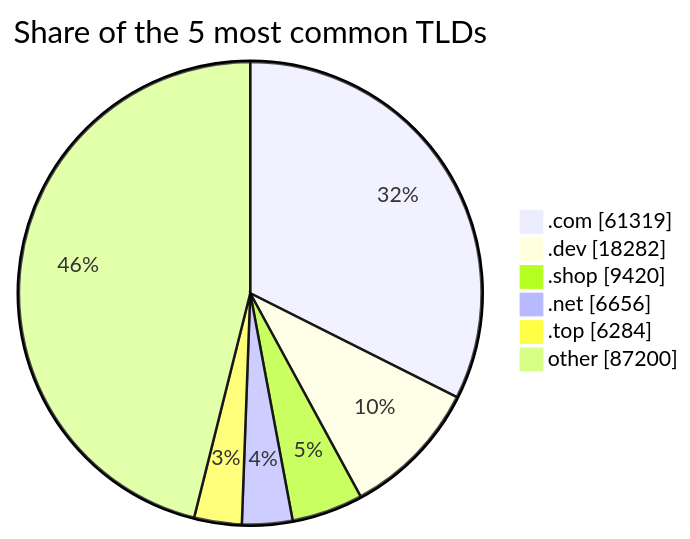
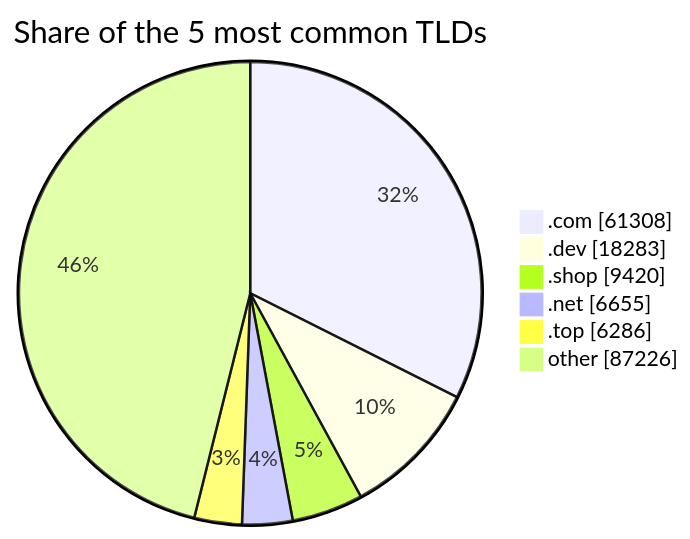
The third of 3 diagrams in README.md (DNSBunker/CTI), drawn with Mermaid before and after one commit. The commit also changed other lines of this file and 3 other files, not shown here.

````diff
--- a/README.md
+++ b/README.md
@@ -81,9 +81,9 @@
 ```mermaid
 pie showData title Share of the 5 most common TLDs
-    ".com" : 61319
-    ".dev" : 18282
+    ".com" : 61308
+    ".dev" : 18283
     ".shop" : 9420
-    ".net" : 6656
-    ".top" : 6284
-    "other" : 87200
+    ".net" : 6655
+    ".top" : 6286
+    "other" : 87226
 ```
````
